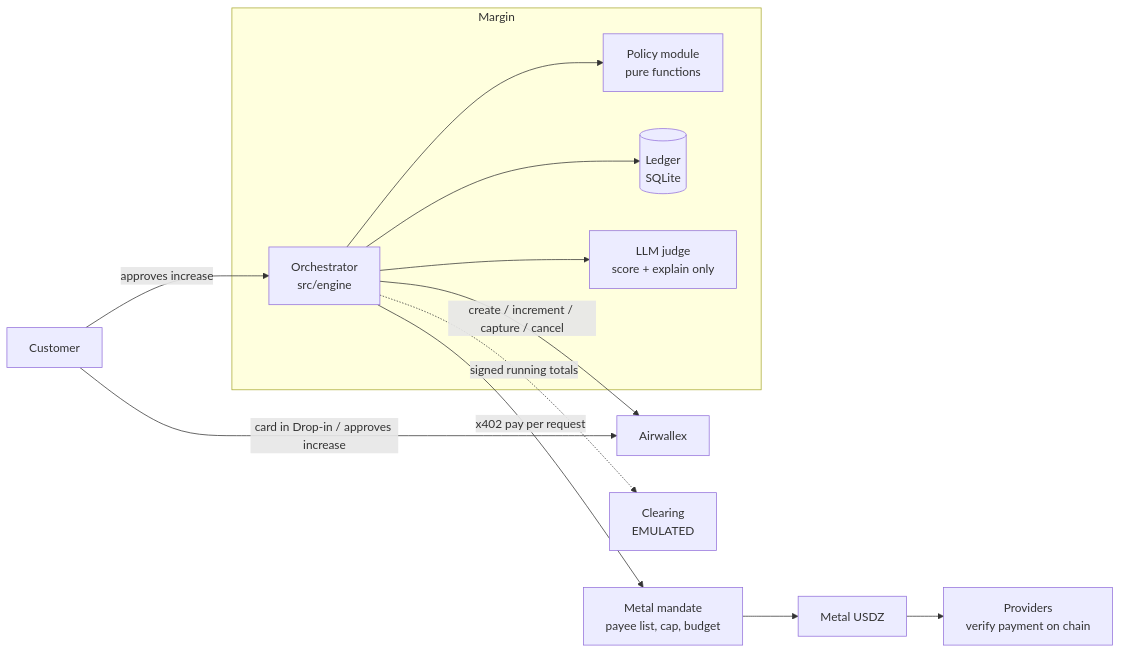
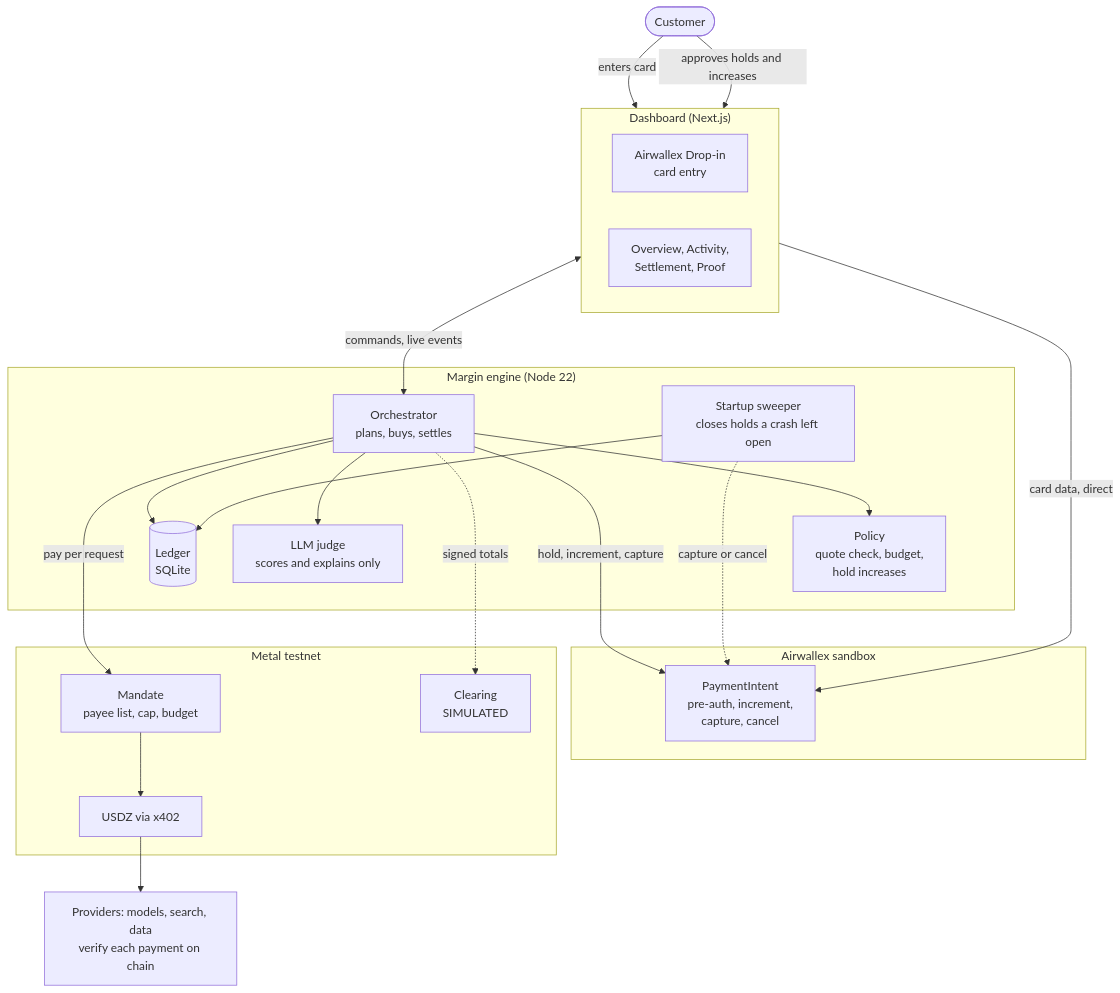
Before and after one commit to rahulcse129/AgentXPayU: the first of 2 diagrams in README.md, drawn with Mermaid. The commit also changed other lines of this file, not shown here.

First line of the commit message:
README: architecture diagrams and code map

````diff
--- a/README.md
+++ b/README.md
@@ -79,15 +81,47 @@
 ```mermaid
-flowchart LR
-  C[Customer] -- card in Drop-in / approves increase --> AW
-  C -- approves increase --> E
-  subgraph Margin
-    E[Orchestrator<br/>src/engine] --> P[Policy module<br/>pure functions]
-    E --> L[(Ledger<br/>SQLite)]
-    E --> J[LLM judge<br/>score + explain only]
+flowchart TB
+  C(["Customer"])
+
+  subgraph Browser["Dashboard (Next.js)"]
+    direction LR
+    DI["Airwallex Drop-in<br/>card entry"]
+    UI["Overview, Activity,<br/>Settlement, Proof"]
   end
-  E -- create / increment / capture / cancel --> AW[Airwallex]
-  E -- x402 pay per request --> MD[Metal mandate<br/>payee list, cap, budget]
-  MD --> M[Metal USDZ]
-  E -. signed running totals .-> CL[Clearing<br/>EMULATED]
-  M --> PR[Providers<br/>verify payment on chain]
+
+  subgraph Engine["Margin engine (Node 22)"]
+    ORC["Orchestrator<br/>plans, buys, settles"]
+    SWP["Startup sweeper<br/>closes holds a crash left open"]
+    POL["Policy<br/>quote check, budget,<br/>hold increases"]
+    LED[("Ledger<br/>SQLite")]
+    LLM["LLM judge<br/>scores and explains only"]
+    ORC --> POL
+    ORC --> LED
+    ORC --> LLM
+    SWP --> LED
+  end
+
+  subgraph AW["Airwallex sandbox"]
+    PI["PaymentIntent<br/>pre-auth, increment,<br/>capture, cancel"]
+  end
+
+  subgraph Metal["Metal testnet"]
+    MAN["Mandate<br/>payee list, cap, budget"]
+    USDZ["USDZ via x402"]
+    CLR["Clearing<br/>SIMULATED"]
+    MAN --> USDZ
+  end
+
+  PROV["Providers: models, search, data<br/>verify each payment on chain"]
+
+  C -->|"enters card"| DI
+  C -->|"approves holds and increases"| UI
+  UI <-->|"commands, live events"| ORC
+  DI -->|"card data, direct"| PI
+  ORC -->|"hold, increment, capture"| PI
+  SWP -.->|"capture or cancel"| PI
+  ORC -->|"pay per request"| MAN
+  ORC -.->|"signed totals"| CLR
+  USDZ --> PROV
+  POL ~~~ PI
+  LLM ~~~ MAN
 ```
````
